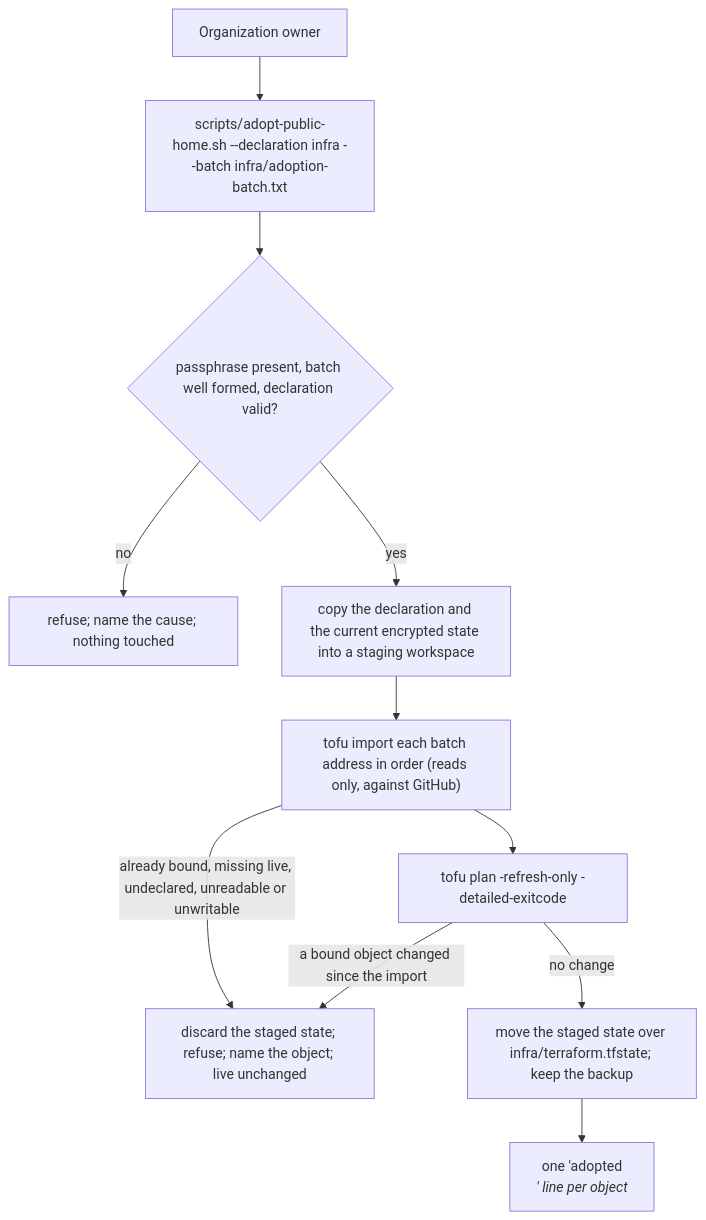
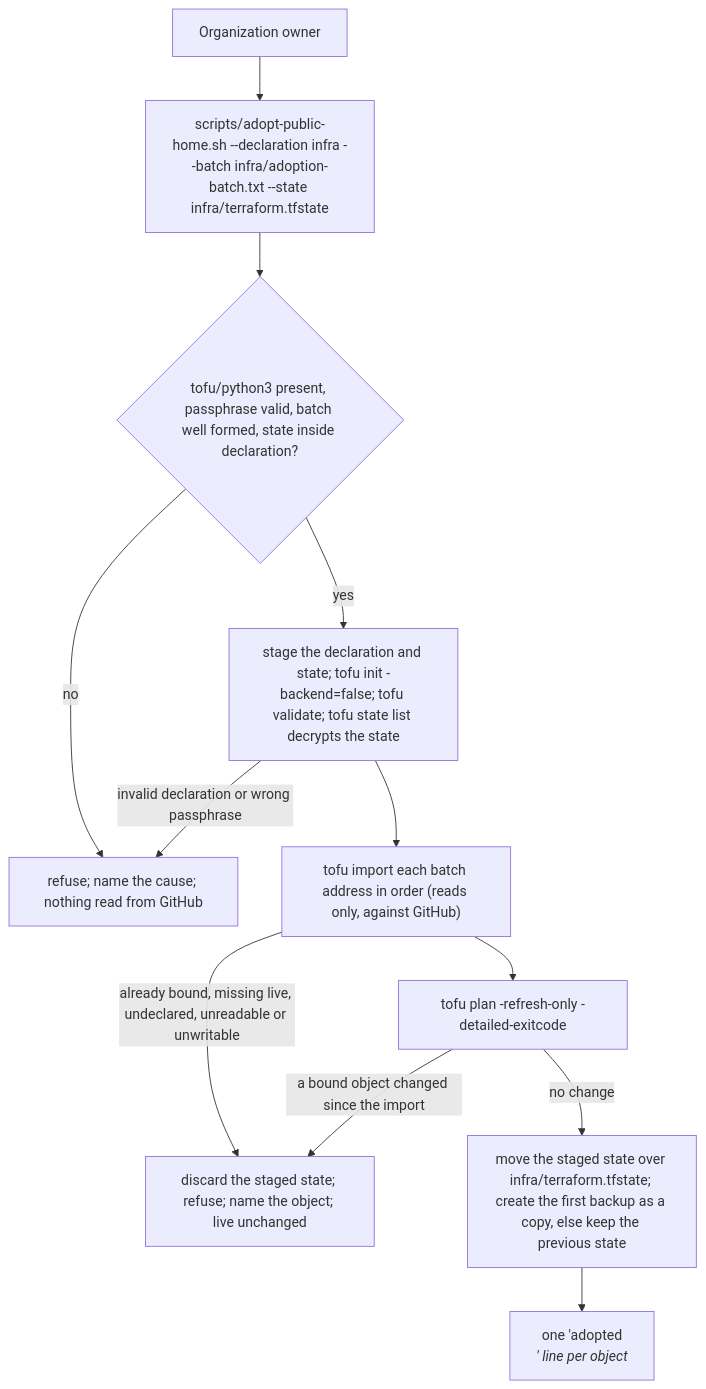
Before and after one commit to duty2cal/duty2cal: the seventh of 7 diagrams in docs/arc42/06-runtime-view.md, drawn with Mermaid. The commit also changed other lines of this file and 15 other files, not shown here.

Commit message:
docs(declare-public-home): harden the plan after the design review

````diff
--- a/docs/arc42/06-runtime-view.md
+++ b/docs/arc42/06-runtime-view.md
@@ -178,13 +178,14 @@
 ```mermaid
 flowchart TB
-  owner["Organization owner"] --> cmd["scripts/adopt-public-home.sh --declaration infra --batch infra/adoption-batch.txt"]
-  cmd --> pre{"passphrase present, batch well formed, declaration valid?"}
-  pre -->|"no"| refuse["refuse; name the cause; nothing touched"]
-  pre -->|"yes"| stage["copy the declaration and the current encrypted state into a staging workspace"]
+  owner["Organization owner"] --> cmd["scripts/adopt-public-home.sh --declaration infra --batch infra/adoption-batch.txt --state infra/terraform.tfstate"]
+  cmd --> pre{"tofu/python3 present, passphrase valid, batch well formed, state inside declaration?"}
+  pre -->|"no"| refuse["refuse; name the cause; nothing read from GitHub"]
+  pre -->|"yes"| stage["stage the declaration and state; tofu init -backend=false; tofu validate; tofu state list decrypts the state"]
+  stage -->|"invalid declaration or wrong passphrase"| refuse
   stage --> imp["tofu import each batch address in order (reads only, against GitHub)"]
   imp -->|"already bound, missing live, undeclared, unreadable or unwritable"| refuseobj["discard the staged state; refuse; name the object; live unchanged"]
   imp --> verify["tofu plan -refresh-only -detailed-exitcode"]
   verify -->|"a bound object changed since the import"| refuseobj
-  verify -->|"no change"| bind["move the staged state over infra/terraform.tfstate; keep the backup"]
+  verify -->|"no change"| bind["move the staged state over infra/terraform.tfstate; create the first backup as a copy, else keep the previous state"]
   bind --> out["one 'adopted <address> <id>' line per object"]
 ```
````
